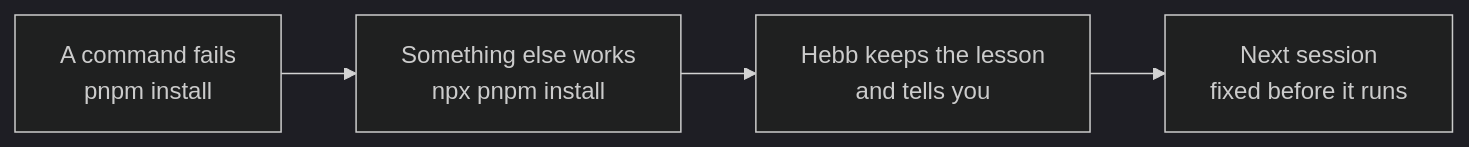
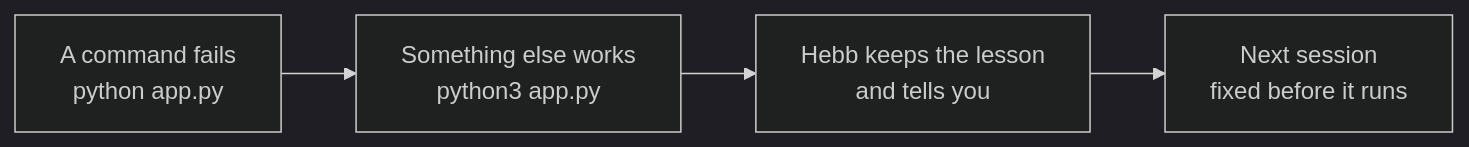
Before and after one commit to NeilGilani/hebb-claude-plugin: the diagram in README.md, drawn with Mermaid (dark theme). The commit also changed other lines of this file and 14 other files, not shown here.

````diff
--- a/README.md
+++ b/README.md
@@ -60,6 +53,6 @@
 ```mermaid
 flowchart LR
-    A["A command fails<br/>pnpm install"] --> B["Something else works<br/>npx pnpm install"]
+    A["A command fails<br/>python app.py"] --> B["Something else works<br/>python3 app.py"]
     B --> C["Hebb keeps the lesson<br/>and tells you"]
     C --> D["Next session<br/>fixed before it runs"]
 ```
````
